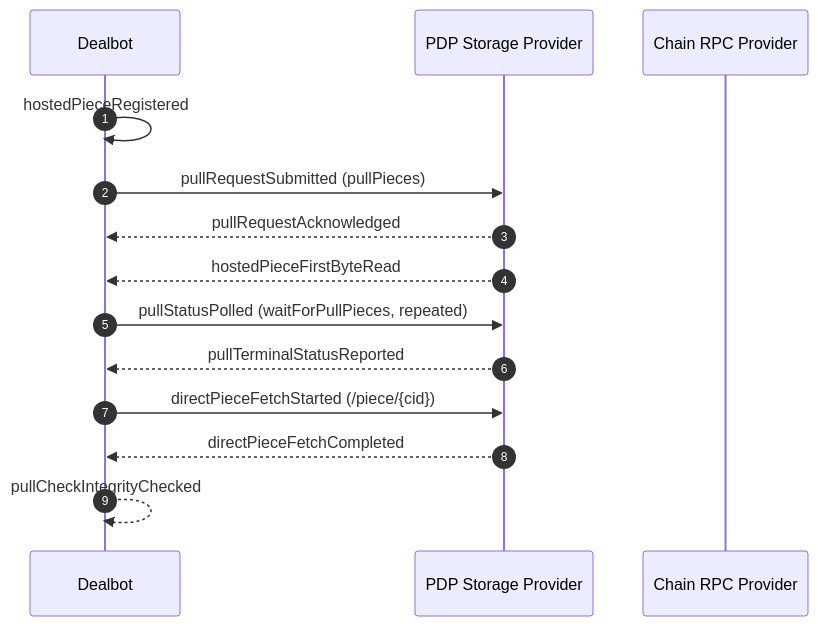
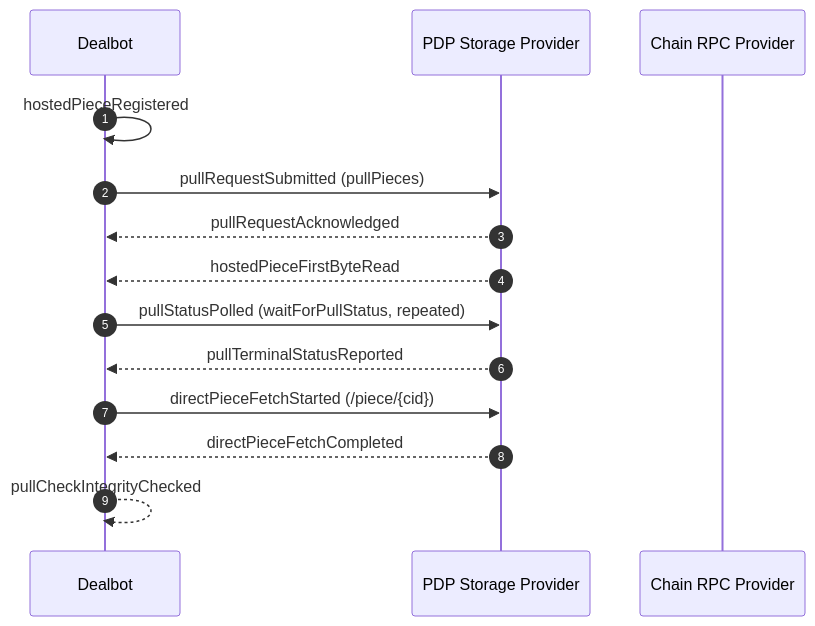
One commit to FilOzone/dealbot changed the second of 2 diagrams in docs/checks/events-and-metrics.md. Above: the diagram before and after it, drawn with Mermaid. The commit also changed other lines of this file and 4 other files, not shown here.

Commit message:
chore: revert back to waitForPullStatus

````diff
--- a/docs/checks/events-and-metrics.md
+++ b/docs/checks/events-and-metrics.md
@@ -64,17 +64,17 @@
 ```mermaid
 sequenceDiagram
   autonumber
   participant Dealbot
   participant SP as PDP Storage Provider
   participant RPC as Chain RPC Provider
 
   Dealbot->>Dealbot: hostedPieceRegistered
   Dealbot->>SP: pullRequestSubmitted (pullPieces)
   SP-->>Dealbot: pullRequestAcknowledged
   SP-->>Dealbot: hostedPieceFirstByteRead
-  Dealbot->>SP: pullStatusPolled (waitForPullPieces, repeated)
+  Dealbot->>SP: pullStatusPolled (waitForPullStatus, repeated)
   SP-->>Dealbot: pullTerminalStatusReported
   Dealbot->>SP: directPieceFetchStarted (/piece/{cid})
   SP-->>Dealbot: directPieceFetchCompleted
   Dealbot-->>Dealbot: pullCheckIntegrityChecked
 ```
````
